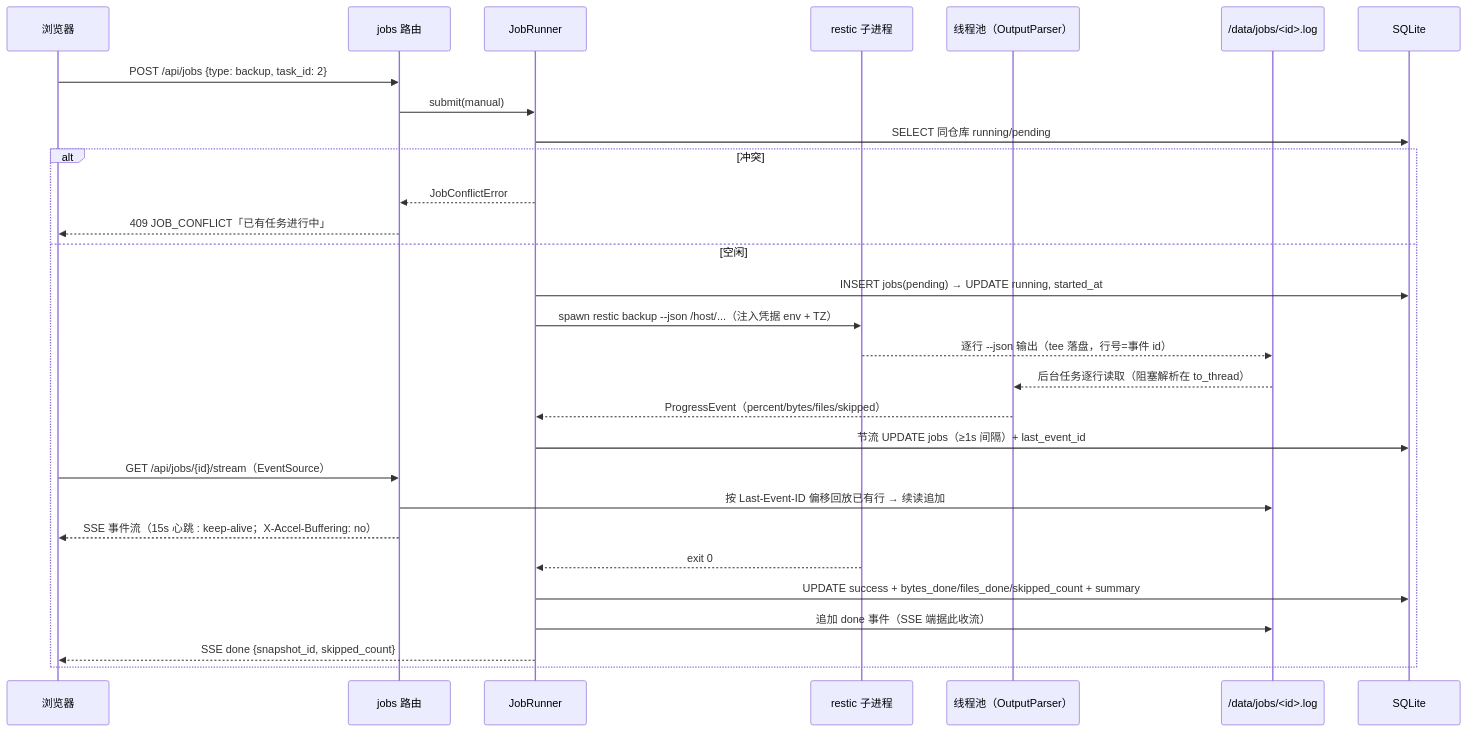
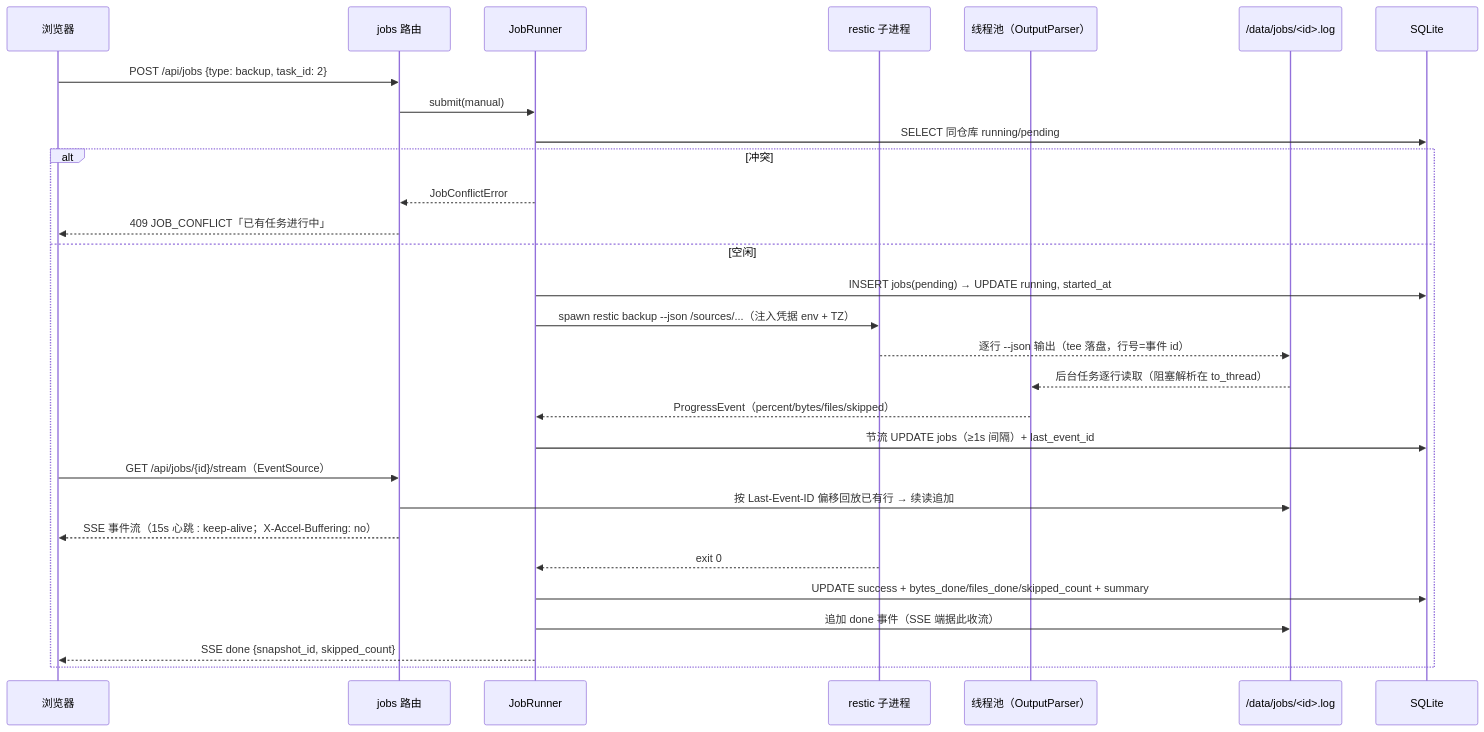
One commit to dolphin738/restic-docker-backup changed the fourth of 11 diagrams in web版/docs/架构设计文档.md. Above: the diagram before and after it, drawn with Mermaid. The commit also changed other lines of this file and 12 other files, not shown here.

````diff
--- a/web版/docs/架构设计文档.md
+++ b/web版/docs/架构设计文档.md
@@ -804,32 +805,32 @@
 ```mermaid
 sequenceDiagram
     participant B as 浏览器
     participant RT as jobs 路由
     participant JR as JobRunner
     participant RE as restic 子进程
     participant TP as 线程池（OutputParser）
     participant LF as /data/jobs/<id>.log
     participant DB as SQLite
 
     B->>RT: POST /api/jobs {type: backup, task_id: 2}
     RT->>JR: submit(manual)
     JR->>DB: SELECT 同仓库 running/pending
     alt 冲突
         JR-->>RT: JobConflictError
         RT-->>B: 409 JOB_CONFLICT「已有任务进行中」
     else 空闲
         JR->>DB: INSERT jobs(pending) → UPDATE running, started_at
-        JR->>RE: spawn restic backup --json /host/...（注入凭据 env + TZ）
+        JR->>RE: spawn restic backup --json /sources/...（注入凭据 env + TZ）
         RE-->>LF: 逐行 --json 输出（tee 落盘，行号=事件 id）
         LF-->>TP: 后台任务逐行读取（阻塞解析在 to_thread）
         TP-->>JR: ProgressEvent（percent/bytes/files/skipped）
         JR->>DB: 节流 UPDATE jobs（≥1s 间隔）+ last_event_id
         B->>RT: GET /api/jobs/{id}/stream（EventSource）
         RT->>LF: 按 Last-Event-ID 偏移回放已有行 → 续读追加
         RT-->>B: SSE 事件流（15s 心跳 : keep-alive；X-Accel-Buffering: no）
         RE-->>JR: exit 0
         JR->>DB: UPDATE success + bytes_done/files_done/skipped_count + summary
         JR->>LF: 追加 done 事件（SSE 端据此收流）
         JR-->>B: SSE done {snapshot_id, skipped_count}
     end
 ```
````
